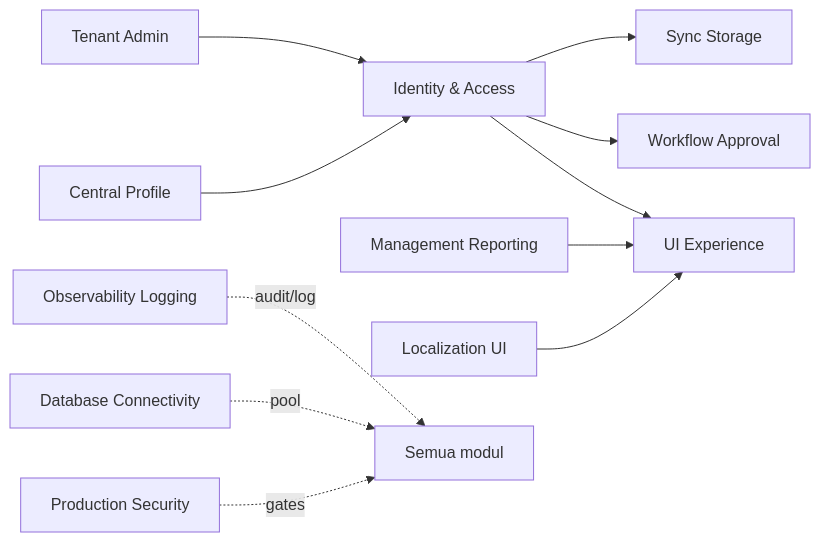
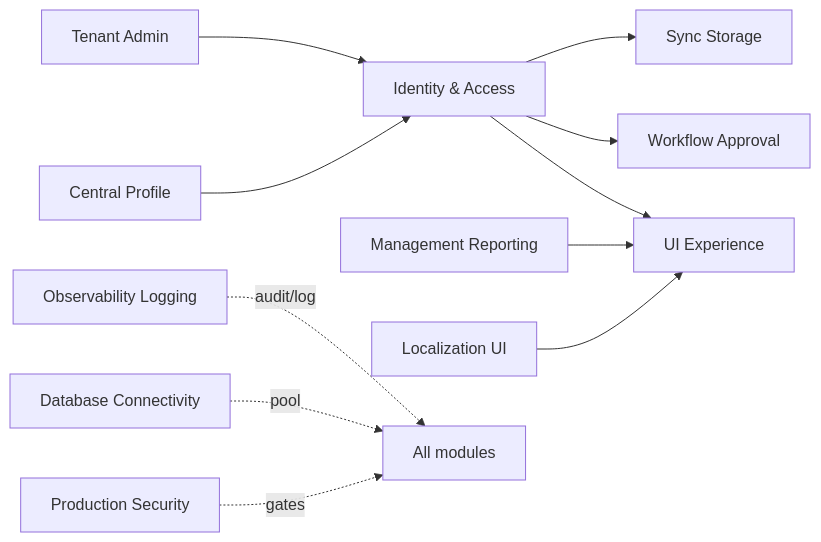
Before and after one commit to ahliweb/awcms: the second of 3 diagrams in docs/awcms/01_canvas_induk.md, drawn with Mermaid. The commit also changed other lines of this file and 603 other files, not shown here.

````diff
--- a/docs/awcms/01_canvas_induk.md
+++ b/docs/awcms/01_canvas_induk.md
@@ -64,13 +66,13 @@
 ```mermaid
 flowchart LR
   TA[Tenant Admin] --> IA[Identity & Access]
   CP[Central Profile] --> IA
   IA --> WF[Workflow Approval]
   IA --> UI[UI Experience]
   IA --> SYNC[Sync Storage]
   RPT[Management Reporting] --> UI
   L10N[Localization UI] --> UI
-  OBS[Observability Logging] -.audit/log.-> ALL[Semua modul]
+  OBS[Observability Logging] -.audit/log.-> ALL[All modules]
   DBC[Database Connectivity] -.pool.-> ALL
   SEC[Production Security] -.gates.-> ALL
 ```
````
